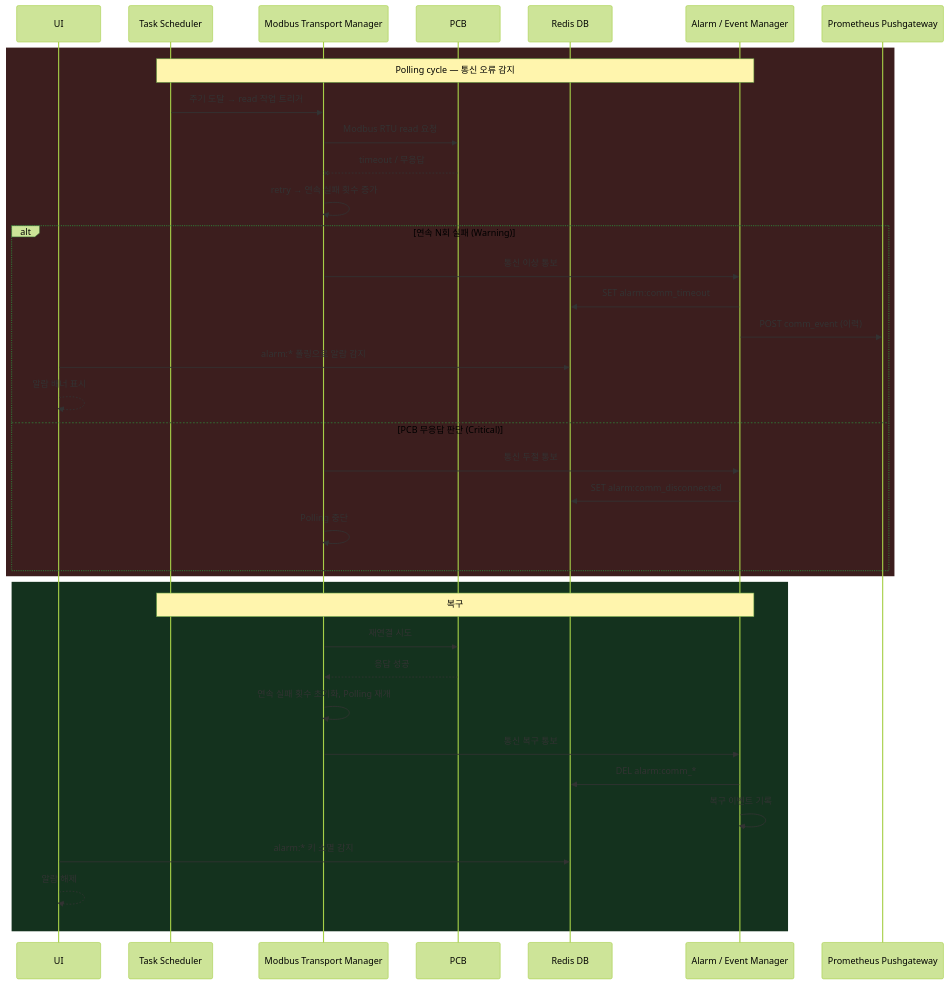
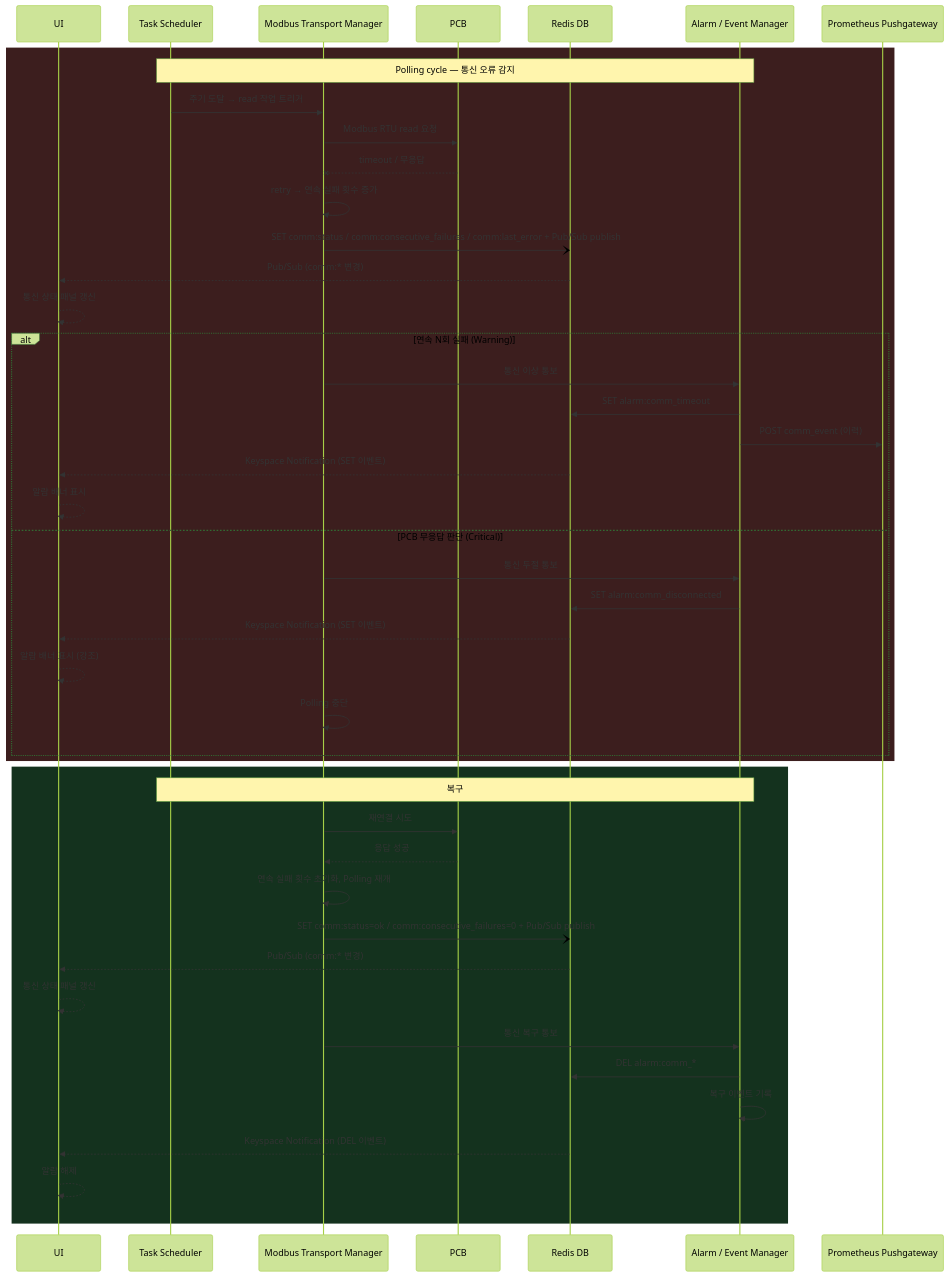
One commit to DEEPGadget/L2A_CDU_system changed the fourth of 4 diagrams in docs/PCG.md. Above: the diagram before and after it, drawn with Mermaid (forest theme). The commit also changed other lines of this file and 2 other files, not shown here.

Commit message:
ui redis 값 polling => redis pub/sub 추가

````diff
--- a/docs/PCG.md
+++ b/docs/PCG.md
@@ -313,41 +324,49 @@
 ```mermaid
 sequenceDiagram
     participant UI as UI
     participant TS as Task Scheduler
     participant MTM as Modbus Transport Manager
     participant PCB as PCB
     participant Redis as Redis DB
     participant AEM as Alarm / Event Manager
     participant PGW as Prometheus Pushgateway
 
     rect rgb(60, 30, 30)
         Note over TS,AEM: Polling cycle — 통신 오류 감지
         TS->>MTM: 주기 도달 → read 작업 트리거
         MTM->>PCB: Modbus RTU read 요청
         PCB--xMTM: timeout / 무응답
         MTM->>MTM: retry → 연속 실패 횟수 증가
+        MTM-)Redis: SET comm:status / comm:consecutive_failures / comm:last_error + Pub/Sub publish
+        Redis-->>UI: Pub/Sub (comm:* 변경)
+        UI-->>UI: 통신 상태 패널 갱신
         alt 연속 N회 실패 (Warning)
             MTM->>AEM: 통신 이상 통보
             AEM->>Redis: SET alarm:comm_timeout
             AEM->>PGW: POST comm_event (이력)
-            UI->>Redis: alarm:* 폴링으로 알람 감지
+            Redis-->>UI: Keyspace Notification (SET 이벤트)
             UI-->>UI: 알람 배너 표시
         else PCB 무응답 판단 (Critical)
             MTM->>AEM: 통신 두절 통보
             AEM->>Redis: SET alarm:comm_disconnected
+            Redis-->>UI: Keyspace Notification (SET 이벤트)
+            UI-->>UI: 알람 배너 표시 (강조)
             MTM->>MTM: Polling 중단
         end
     end
 
     rect rgb(20, 50, 30)
         Note over TS,AEM: 복구
         MTM->>PCB: 재연결 시도
         PCB-->>MTM: 응답 성공
         MTM->>MTM: 연속 실패 횟수 초기화, Polling 재개
+        MTM-)Redis: SET comm:status=ok / comm:consecutive_failures=0 + Pub/Sub publish
+        Redis-->>UI: Pub/Sub (comm:* 변경)
+        UI-->>UI: 통신 상태 패널 갱신
         MTM->>AEM: 통신 복구 통보
         AEM->>Redis: DEL alarm:comm_*
         AEM->>AEM: 복구 이벤트 기록
-        UI->>Redis: alarm:* 키 소멸 감지
+        Redis-->>UI: Keyspace Notification (DEL 이벤트)
         UI-->>UI: 알람 해제
     end
 ```
````
